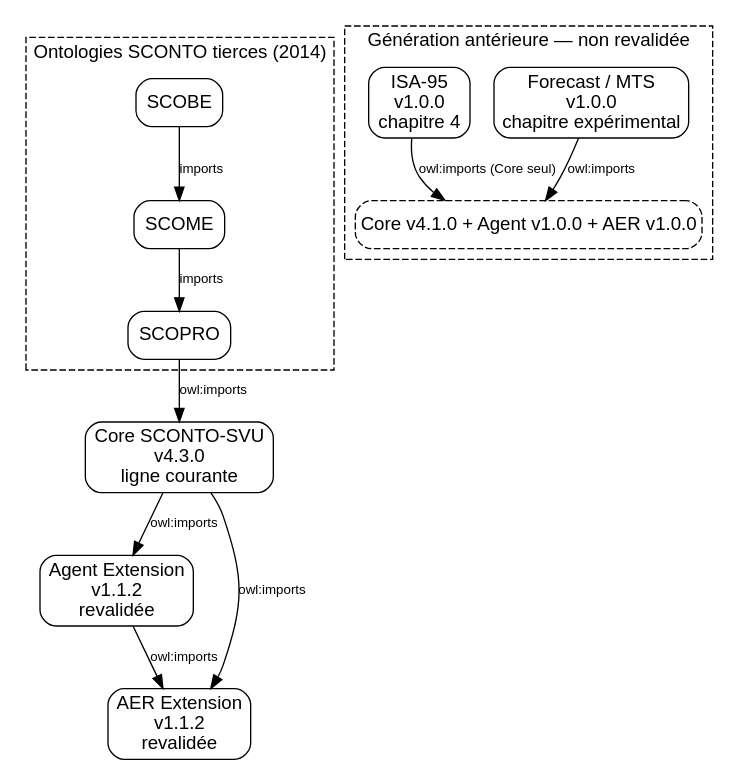
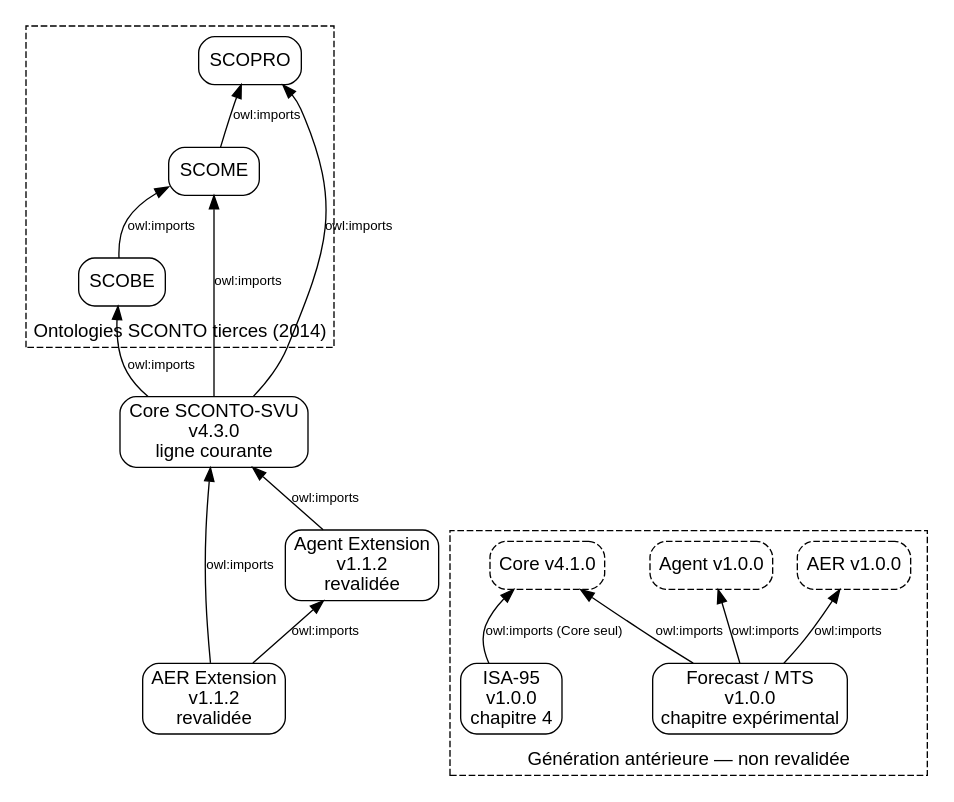
One commit to SamLams24/anylogic-model-documentation changed the diagram in LIVRABLE_SCONTO_SVU/figures/sources/F1_organisation_generale.dot. Above: the diagram before and after it, drawn with Graphviz. The commit also changed 23 other files, not shown here.

First line of the commit message:
docs(sconto-svu): fix F1 import directions, split F2/F3b for A4, exclude SCOBE from drawing (step 5 bis)

```diff
--- a/LIVRABLE_SCONTO_SVU/figures/sources/F1_organisation_generale.dot
+++ b/LIVRABLE_SCONTO_SVU/figures/sources/F1_organisation_generale.dot
@@ -1,45 +1,57 @@
 // F1 — organisation générale de SCONTO-SVU, source Graphviz (preuve de concept)
 // Rendu : dot -Tsvg F1_organisation_generale.dot -o F1_organisation_generale_dot.svg
+// Sens des flèches corrigé (étape 5 bis) : owl:imports va de l'ontologie IMPORTEUSE
+// vers l'ontologie IMPORTÉE, conformément à TABLE_CONTROLE_IMPORTS.md. Génération
+// antérieure représentée en trois boîtes séparées (Core/Agent/AER v antérieure),
+// pas une seule boîte fusionnée, pour ne pas suggérer qu'ISA-95 importe les trois
+// alors qu'elle n'importe que Core 4.1.0.
 // Avantage sur le SVG dessiné à la main : le graphe et les libellés sont déclarés
 // comme données (nœuds/arêtes), pas comme coordonnées — faire évoluer une classe,
 // une relation ou une version ne demande pas de recalculer de positions.
 // Limite : la disposition manuelle (SVG) permet un contrôle fin du placement des
-// libellés hors du tracé des flèches (nécessaire pour la densité de F2/F3a/F3b) que
-// l'algorithme de disposition automatique de Graphviz ne reproduit pas à l'identique ;
-// voir la discussion complète dans registre_figures.md, section « Sources éditables ».
+// libellés hors du tracé des flèches (nécessaire pour la densité de F2/F3a/F3b/F3c)
+// que l'algorithme de disposition automatique de Graphviz ne reproduit pas à
+// l'identique ; voir la discussion complète dans registre_figures.md.
 
 digraph F1 {
-  rankdir=TB;
+  rankdir=BT;
   fontname="Arial";
   node [shape=box, fontname="Arial", style=rounded];
   edge [fontname="Arial", fontsize=10];
 
   subgraph cluster_tiers {
     label="Ontologies SCONTO tierces (2014)";
     style=dashed;
     SCOBE; SCOME; SCOPRO;
-    SCOBE -> SCOME [label="imports"];
-    SCOME -> SCOPRO [label="imports"];
+    SCOBE -> SCOME [label="owl:imports"];
+    SCOME -> SCOPRO [label="owl:imports"];
   }
 
   Core [label="Core SCONTO-SVU\nv4.3.0\nligne courante"];
   Agent [label="Agent Extension\nv1.1.2\nrevalidée"];
   AER [label="AER Extension\nv1.1.2\nrevalidée"];
 
   subgraph cluster_old {
     label="Génération antérieure — non revalidée";
     style=dashed;
-    OldGen [label="Core v4.1.0 + Agent v1.0.0 + AER v1.0.0", shape=box, style="dashed,rounded"];
+    CoreOld [label="Core v4.1.0", shape=box, style="dashed,rounded"];
+    AgentOld [label="Agent v1.0.0", shape=box, style="dashed,rounded"];
+    AEROld [label="AER v1.0.0", shape=box, style="dashed,rounded"];
     Forecast [label="Forecast / MTS\nv1.0.0\nchapitre expérimental"];
     ISA95 [label="ISA-95\nv1.0.0\nchapitre 4"];
-    Forecast -> OldGen [label="owl:imports"];
-    ISA95 -> OldGen [label="owl:imports (Core seul)"];
+    Forecast -> CoreOld [label="owl:imports"];
+    Forecast -> AgentOld [label="owl:imports"];
+    Forecast -> AEROld [label="owl:imports"];
+    ISA95 -> CoreOld [label="owl:imports (Core seul)"];
   }
 
-  SCOPRO -> Core [label="owl:imports"];
-  Core -> Agent [label="owl:imports"];
-  Core -> AER [label="owl:imports"];
-  Agent -> AER [label="owl:imports"];
+  // importeur -> importé
+  Core -> SCOPRO [label="owl:imports"];
+  Core -> SCOME [label="owl:imports"];
+  Core -> SCOBE [label="owl:imports"];
+  Agent -> Core [label="owl:imports"];
+  AER -> Core [label="owl:imports"];
+  AER -> Agent [label="owl:imports"];
 
   // AHP volontairement absente (exclusion scientifique du périmètre)
 }
```
